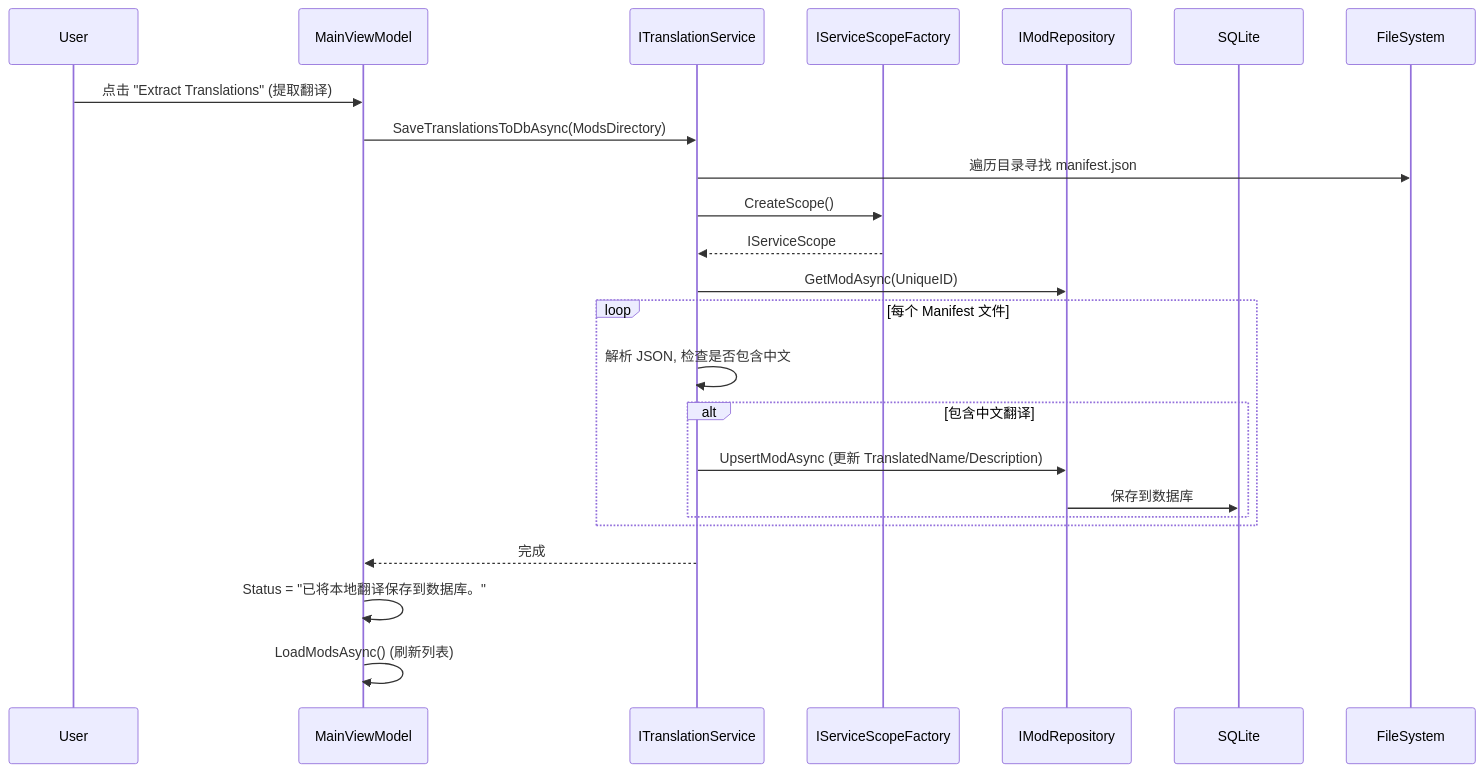
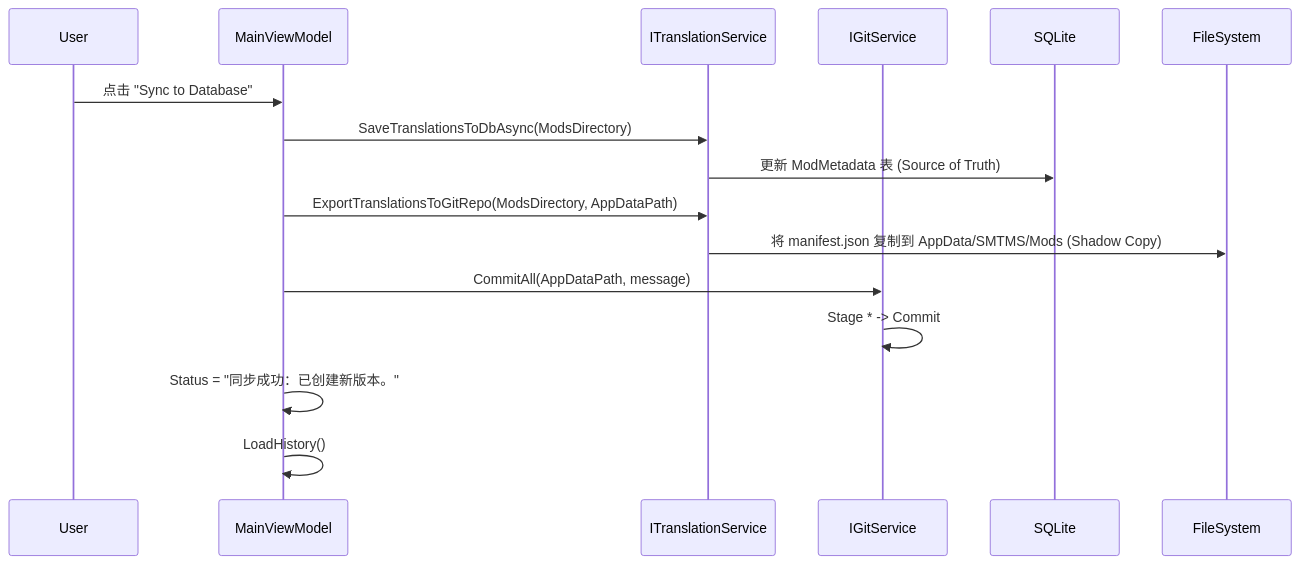
The eighth of 10 diagrams in docs/ARCHITECTURE.md (Sisyphean-a/SMTMS), drawn with Mermaid before and after one commit. The commit also changed other lines of this file and 6 other files, not shown here.

````diff
--- a/docs/ARCHITECTURE.md
+++ b/docs/ARCHITECTURE.md
@@ -218,30 +210,22 @@
 ```mermaid
 sequenceDiagram
     participant U as User
     participant VM as MainViewModel
     participant TS as ITranslationService
-    participant Scope as IServiceScopeFactory
-    participant Repo as IModRepository
+    participant GB as IGitService
     participant DB as SQLite
     participant FS as FileSystem
 
-    U->>VM: 点击 "Extract Translations" (提取翻译)
+    U->>VM: 点击 "Sync to Database"
     VM->>TS: SaveTranslationsToDbAsync(ModsDirectory)
+    TS->>DB: 更新 ModMetadata 表 (Source of Truth)
 
-    TS->>FS: 遍历目录寻找 manifest.json
-    TS->>Scope: CreateScope()
-    Scope-->>TS: IServiceScope
-    TS->>Repo: GetModAsync(UniqueID)
+    VM->>TS: ExportTranslationsToGitRepo(ModsDirectory, AppDataPath)
+    TS->>FS: 将 manifest.json 复制到 AppData/SMTMS/Mods (Shadow Copy)
 
-    loop 每个 Manifest 文件
-        TS->>TS: 解析 JSON, 检查是否包含中文
-        alt 包含中文翻译
-            TS->>Repo: UpsertModAsync (更新 TranslatedName/Description)
-            Repo->>DB: 保存到数据库
-        end
-    end
+    VM->>GB: CommitAll(AppDataPath, message)
+    GB->>GB: Stage * -> Commit
 
-    TS-->>VM: 完成
-    VM->>VM: Status = "已将本地翻译保存到数据库。"
-    VM->>VM: LoadModsAsync() (刷新列表)
+    VM->>VM: Status = "同步成功：已创建新版本。"
+    VM->>VM: LoadHistory()
 ```
````
